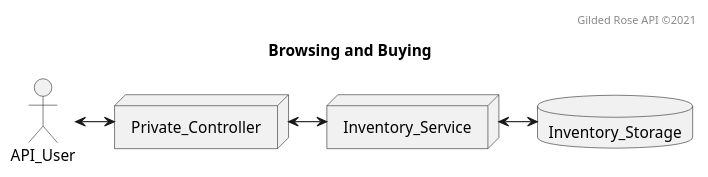
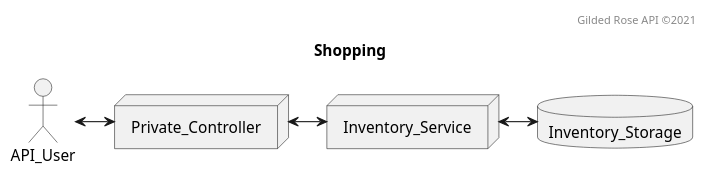
The diagram in src/main/resources/arch.protected.puml (bladewheels/GildedRoseAPI), drawn with PlantUML before and after one commit.

Commit message:
Update UML title.

```diff
--- a/src/main/resources/arch.protected.puml
+++ b/src/main/resources/arch.protected.puml
@@ -1,13 +1,13 @@
 @startuml component
-title Browsing and Buying
+title Shopping
 header Gilded Rose API ©2021
 
 actor API_User
 node Private_Controller
 node Inventory_Service
 database Inventory_Storage
 
 API_User <-> Private_Controller
 Private_Controller <-> Inventory_Service
 Inventory_Service <-> Inventory_Storage
 @enduml
```
